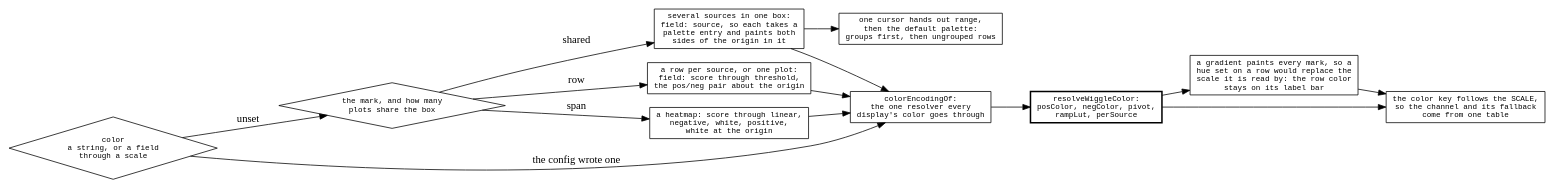
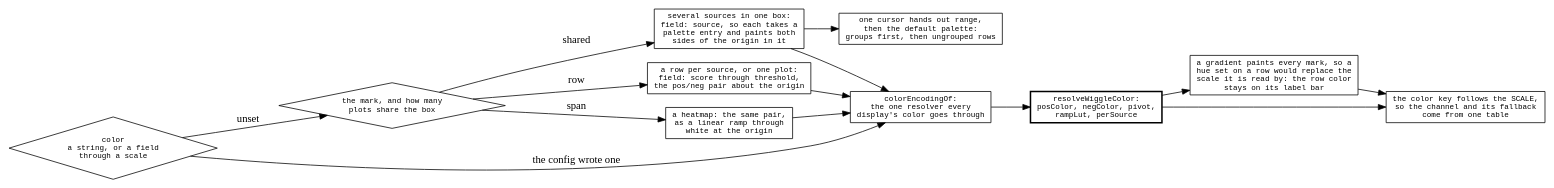
The diagram in agent-docs/reference/diagrams/wiggle-color.dot (GMOD/jbrowse-components), drawn with Graphviz before and after one commit. The commit also changed 32 other files, not shown here.

First line of the commit message:
Wiggle heatmap: the unset scale is the pair each mark draws its way

```diff
--- a/agent-docs/reference/diagrams/wiggle-color.dot
+++ b/agent-docs/reference/diagrams/wiggle-color.dot
@@ -1,33 +1,33 @@
 digraph wiggle_color {
   rankdir=LR
   node [shape=box fontname=monospace fontsize=10]
   { node [shape=diamond] declared; layout }
 
   declared [label="color\na string, or a field\nthrough a scale"]
   declared -> encoding [label=" the config wrote one"]
   declared -> layout   [label=" unset"]
 
   layout [label="the mark, and how many\nplots share the box"]
   layout -> shared [label=" shared"]
   layout -> row    [label=" row"]
   layout -> heat   [label=" span"]
 
   shared [label="several sources in one box:\nfield: source, so each takes a\npalette entry and paints both\nsides of the origin in it"]
   row    [label="a row per source, or one plot:\nfield: score through threshold,\nthe pos/neg pair about the origin"]
-  heat   [label="a heatmap: score through linear,\nnegative, white, positive,\nwhite at the origin"]
+  heat   [label="a heatmap: the same pair,\nas a linear ramp through\nwhite at the origin"]
 
   encoding [label="colorEncodingOf:\nthe one resolver every\ndisplay's color goes through"]
   shared -> encoding  row -> encoding  heat -> encoding
 
   resolved [label="resolveWiggleColor:\nposColor, negColor, pivot,\nrampLut, perSource", style=bold]
   encoding -> resolved
 
   density [label="a gradient paints every mark, so a\nhue set on a row would replace the\nscale it is read by: the row color\nstays on its label bar"]
   resolved -> density
 
   legend [label="the color key follows the SCALE,\nso the channel and its fallback\ncome from one table"]
   resolved -> legend  density -> legend
 
   palette [label="one cursor hands out range,\nthen the default palette:\ngroups first, then ungrouped rows"]
   shared -> palette
 }
```
